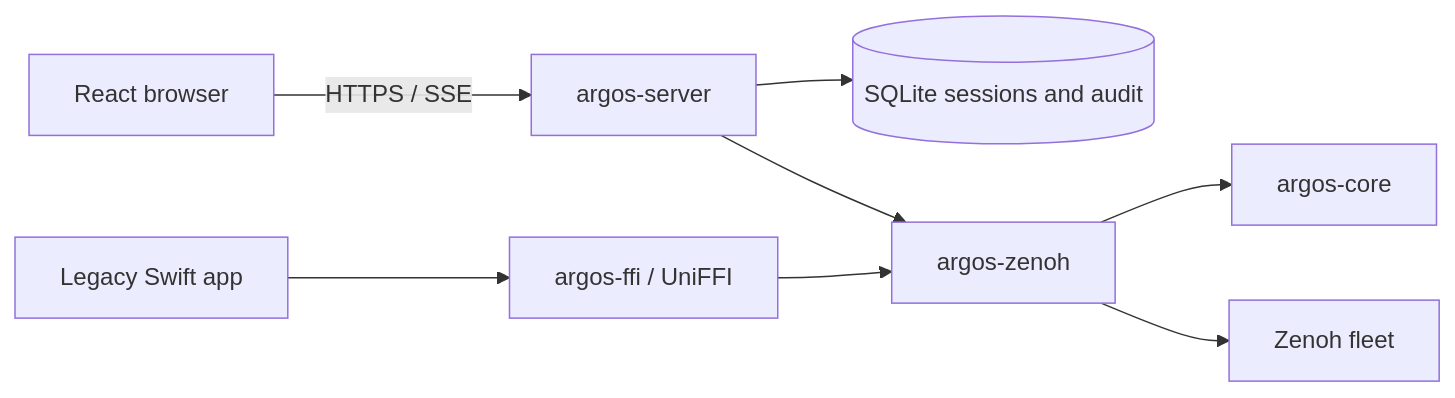
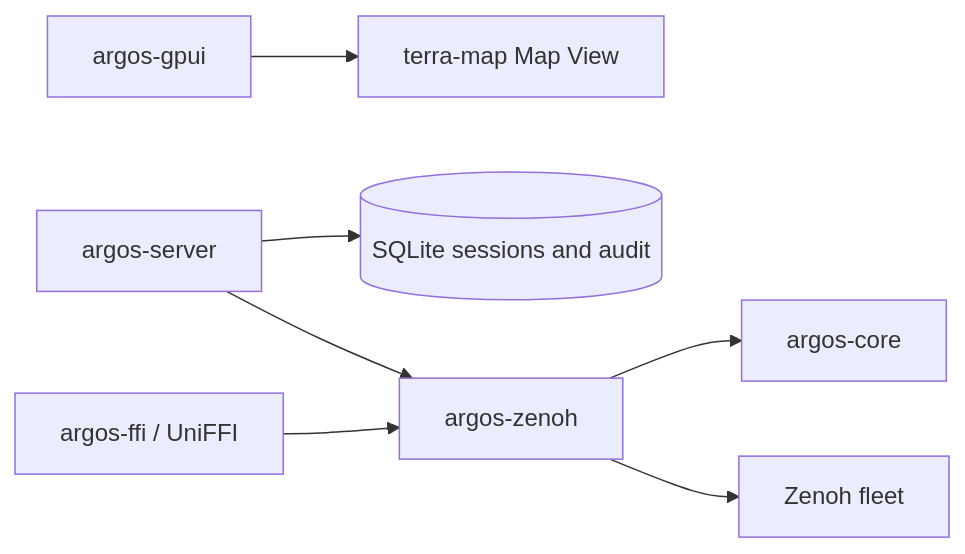
The diagram in docs/DESIGN.md (Super-Yojan/ARGOS), drawn with Mermaid before and after one commit. The commit also changed other lines of this file and 177 other files, not shown here.

First line of the commit message:
Move the operator dashboard onto a GPUI Map View.

````diff
--- a/docs/DESIGN.md
+++ b/docs/DESIGN.md
@@ -5,9 +5,9 @@
 ```mermaid
 flowchart LR
-  web[React browser] -->|HTTPS / SSE| service[argos-server]
-  service --> store[(SQLite sessions and audit)]
+  gpui[argos-gpui] --> map[terra-map Map View]
+  service[argos-server] --> store[(SQLite sessions and audit)]
   service --> zenoh[argos-zenoh]
   zenoh --> core[argos-core]
   zenoh --> bus[Zenoh fleet]
-  legacy[Legacy Swift app] --> ffi[argos-ffi / UniFFI] --> zenoh
+  ffi[argos-ffi / UniFFI] --> zenoh
 ```
````
